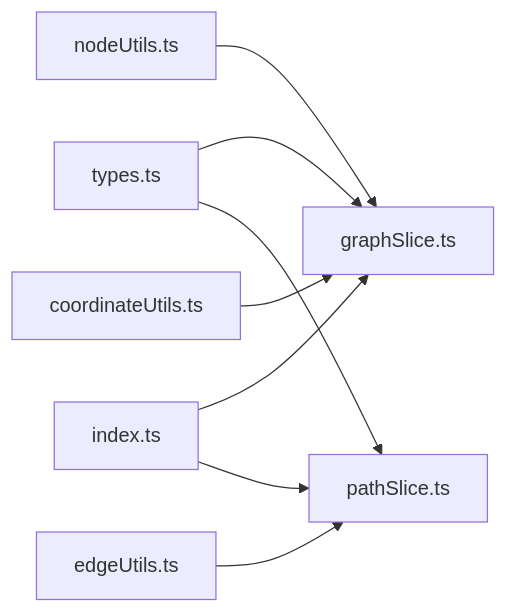
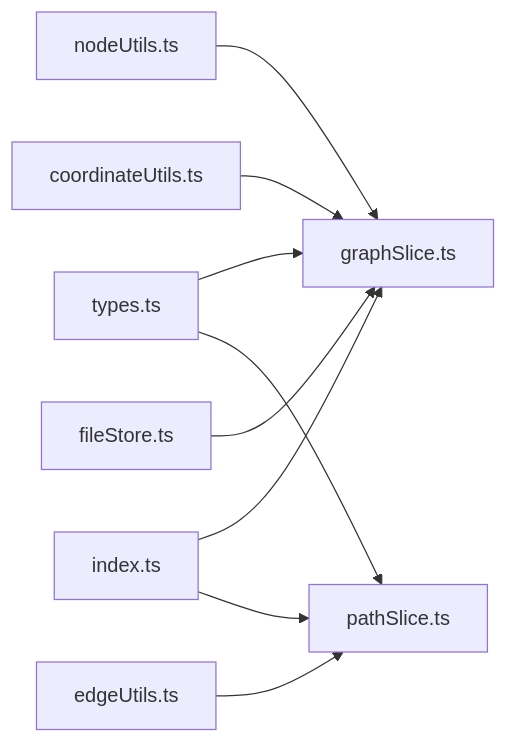
The sixth of 6 diagrams in .qoder/repowiki/zh/content/状态管理系统/Flow Store 核心状态/图状态管理 (graphSlice).md (kqcoxn/MaaPipelineEditor), drawn with Mermaid before and after one commit. The commit also changed other lines of this file and 37 other files, not shown here.

````diff
--- a/.qoder/repowiki/zh/content/状态管理系统/Flow Store 核心状态/图状态管理 (graphSlice).md
+++ b/.qoder/repowiki/zh/content/状态管理系统/Flow Store 核心状态/图状态管理 (graphSlice).md
@@ -289,10 +350,11 @@
 ```mermaid
 graph LR
 T["types.ts"] --> GS["graphSlice.ts"]
 T --> PS["pathSlice.ts"]
 NU["nodeUtils.ts"] --> GS
 CU["coordinateUtils.ts"] --> GS
 EU["edgeUtils.ts"] --> PS
 IDX["index.ts"] --> GS
 IDX --> PS
+FS["fileStore.ts"] --> GS
 ```
````
